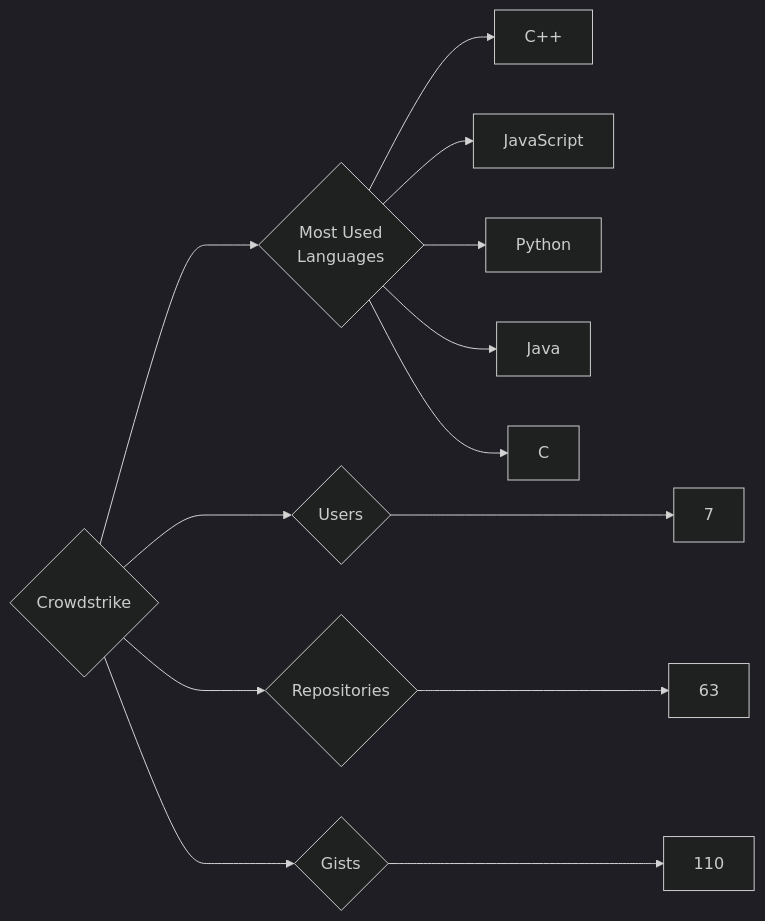
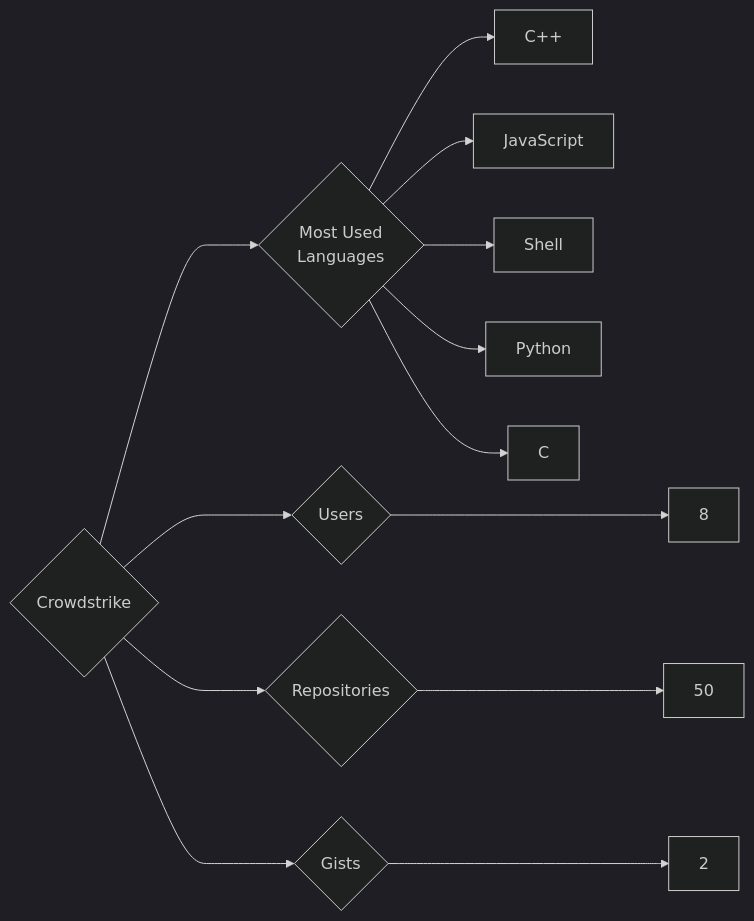
The diagram in targets/Crowdstrike/README.md (trickest/insiders), drawn with Mermaid (dark theme) before and after one commit. The commit also changed 988 other files, not shown here.

````diff
--- a/targets/Crowdstrike/README.md
+++ b/targets/Crowdstrike/README.md
@@ -3,13 +3,13 @@
 ```mermaid
 graph LR
 COMPANY_NAME{Crowdstrike}
-COMPANY_NAME ---> U{Users} ---> UN[7]
-COMPANY_NAME ---> R{Repositories} ---> RN[63]
-COMPANY_NAME ---> G{Gists} ---> GN[110]
+COMPANY_NAME ---> U{Users} ---> UN[8]
+COMPANY_NAME ---> R{Repositories} ---> RN[50]
+COMPANY_NAME ---> G{Gists} ---> GN[2]
 COMPANY_NAME ---> ML{Most Used<br>Languages}
 ML --> C++[C++]
 ML --> JavaScript[JavaScript]
+ML --> Shell[Shell]
 ML --> Python[Python]
-ML --> Java[Java]
 ML --> C[C]
 ```
````
